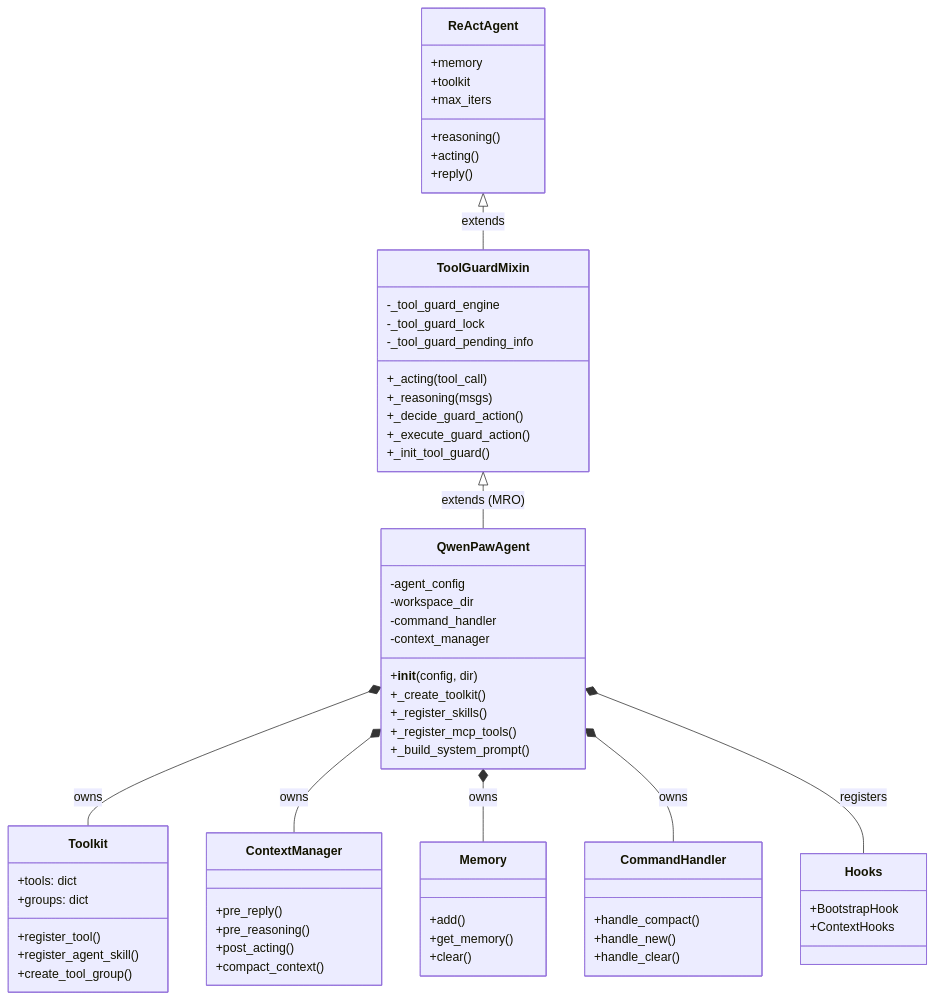
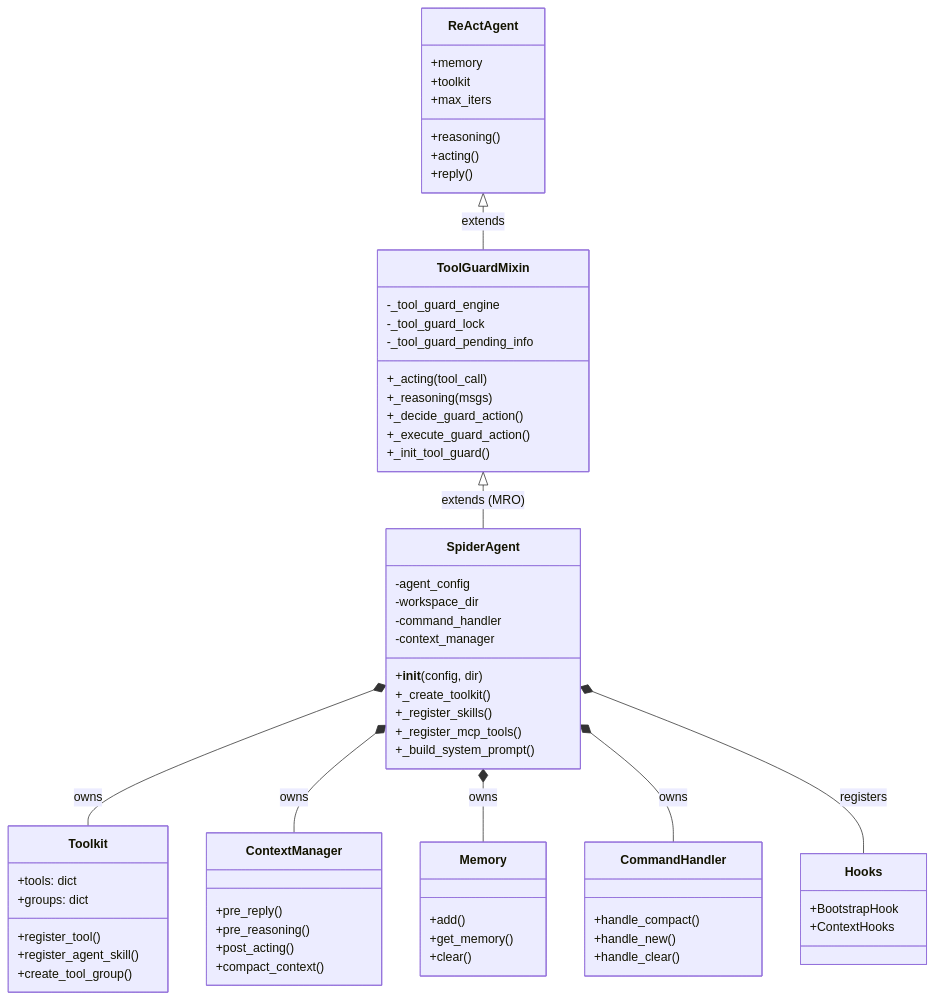
The second of 4 diagrams in docs/02-agent-system.md (phamdinhdat-ai/SpiderAgents), drawn with Mermaid before and after one commit. The commit also changed other lines of this file and 37 other files, not shown here.

````diff
--- a/docs/02-agent-system.md
+++ b/docs/02-agent-system.md
@@ -49,67 +49,67 @@
 ```mermaid
 classDiagram
     class ReActAgent {
         +reasoning()
         +acting()
         +reply()
         +memory
         +toolkit
         +max_iters
     }
     class ToolGuardMixin {
         -_tool_guard_engine
         -_tool_guard_lock
         -_tool_guard_pending_info
         +_acting(tool_call)
         +_reasoning(msgs)
         +_decide_guard_action()
         +_execute_guard_action()
         +_init_tool_guard()
     }
-    class QwenPawAgent {
+    class SpiderAgent {
         -agent_config
         -workspace_dir
         -command_handler
         -context_manager
         +__init__(config, dir)
         +_create_toolkit()
         +_register_skills()
         +_register_mcp_tools()
         +_build_system_prompt()
     }
     class Toolkit {
         +tools: dict
         +groups: dict
         +register_tool()
         +register_agent_skill()
         +create_tool_group()
     }
     class ContextManager {
         +pre_reply()
         +pre_reasoning()
         +post_acting()
         +compact_context()
     }
     class Memory {
         +add()
         +get_memory()
         +clear()
     }
     class CommandHandler {
         +handle_compact()
         +handle_new()
         +handle_clear()
     }
     class Hooks {
         +BootstrapHook
         +ContextHooks
     }
 
     ReActAgent <|-- ToolGuardMixin : extends
-    ToolGuardMixin <|-- QwenPawAgent : extends (MRO)
-    QwenPawAgent *-- Toolkit : owns
-    QwenPawAgent *-- ContextManager : owns
-    QwenPawAgent *-- Memory : owns
-    QwenPawAgent *-- CommandHandler : owns
-    QwenPawAgent *-- Hooks : registers
+    ToolGuardMixin <|-- SpiderAgent : extends (MRO)
+    SpiderAgent *-- Toolkit : owns
+    SpiderAgent *-- ContextManager : owns
+    SpiderAgent *-- Memory : owns
+    SpiderAgent *-- CommandHandler : owns
+    SpiderAgent *-- Hooks : registers
 ```
````
